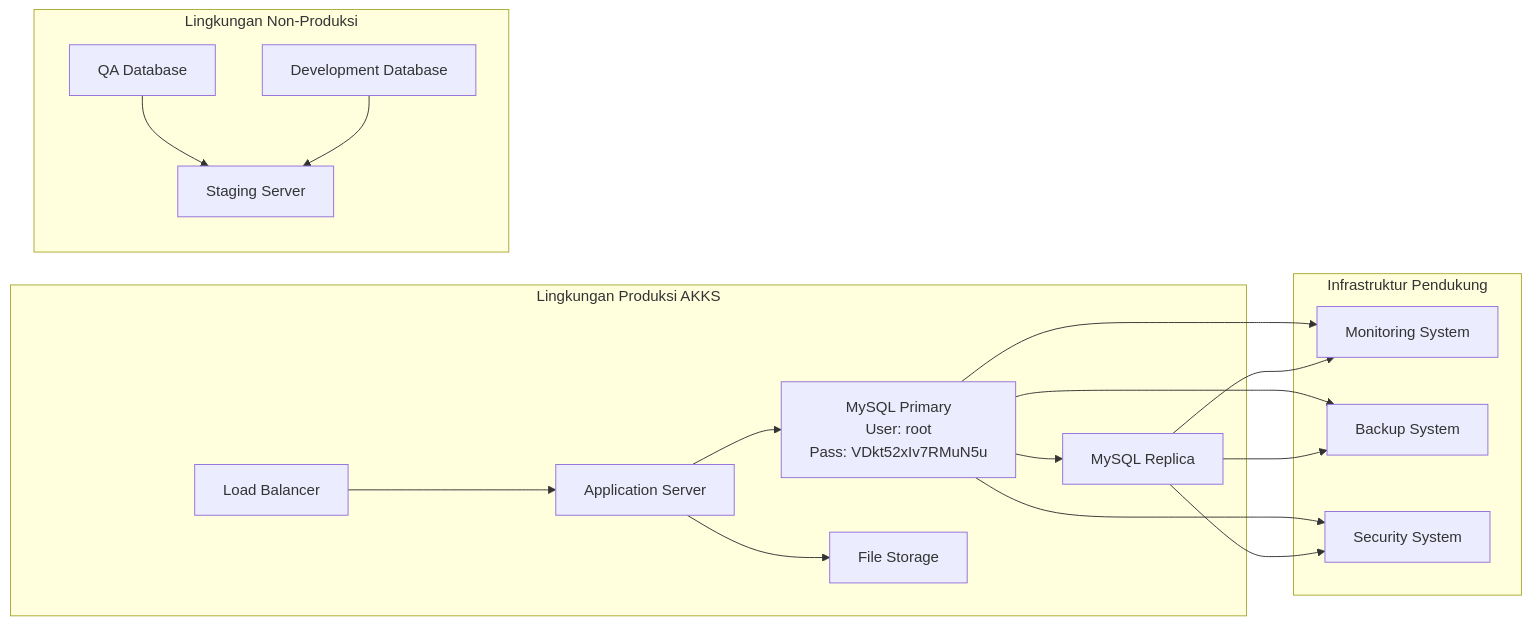
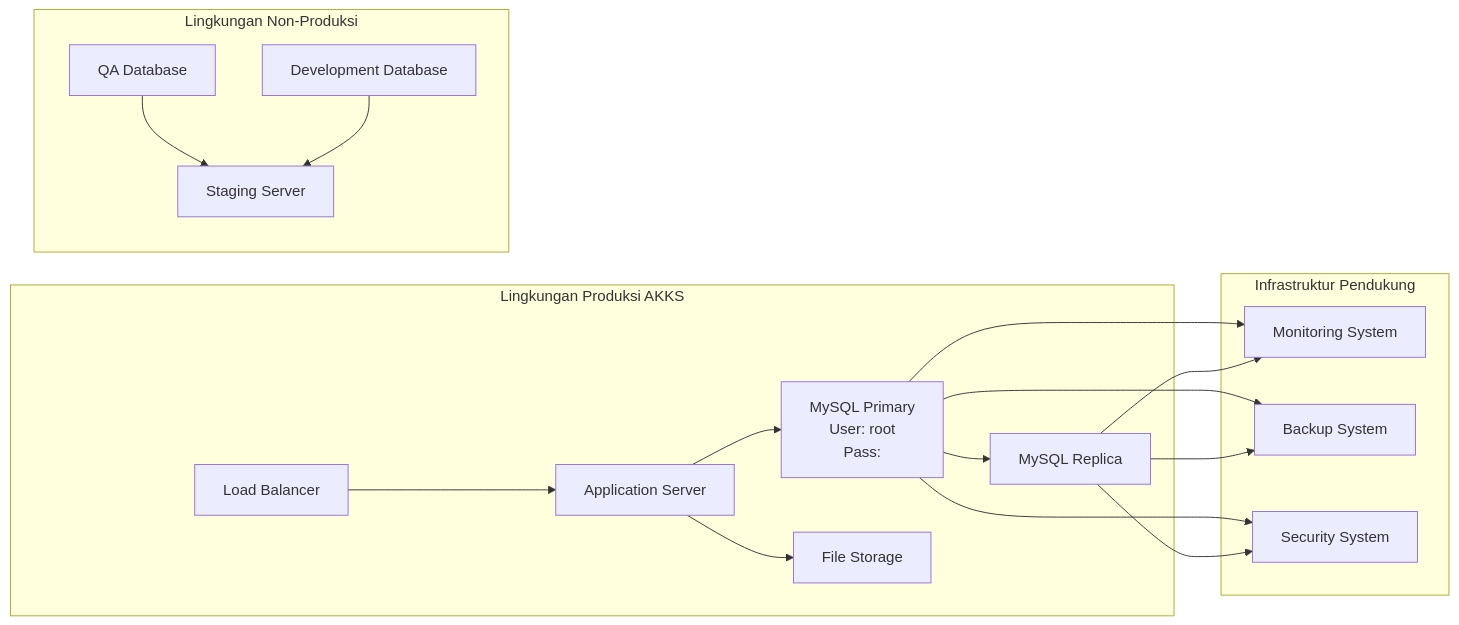
One commit to alibungker/superapp changed the fifth of 6 diagrams in akks/akks_Data_Architecture_Document(DAD).md. Above: the diagram before and after it, drawn with Mermaid. The commit also changed other lines of this file, not shown here.

````diff
--- a/akks/akks_Data_Architecture_Document(DAD).md
+++ b/akks/akks_Data_Architecture_Document(DAD).md
@@ -494,35 +494,35 @@
 ```mermaid
 graph LR
     subgraph "Lingkungan Produksi AKKS"
         A[Load Balancer]
         B[Application Server]
-        C[MySQL Primary<br/>User: root<br/>Pass: VDkt52xIv7RMuN5u]
+        C[MySQL Primary<br/>User: root<br/>Pass: ]
         D[MySQL Replica]
         E[File Storage]
     end
     
     subgraph "Lingkungan Non-Produksi"
         F[Staging Server]
         G[QA Database]
         H[Development Database]
     end
     
     subgraph "Infrastruktur Pendukung"
         I[Monitoring System]
         J[Backup System]
         K[Security System]
     end
     
     A --> B
     B --> C
     C --> D
     B --> E
     G --> F
     H --> F
     C --> J
     D --> J
     C --> K
     D --> K
     C --> I
     D --> I
 ```
````
